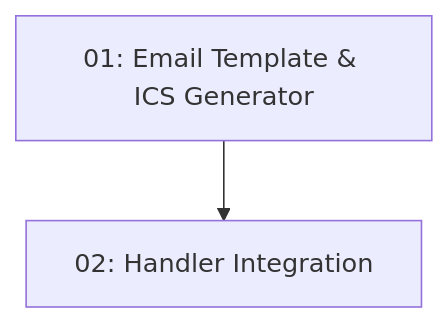
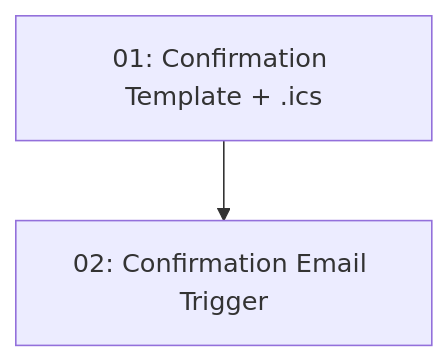
Before and after one commit to limitzero/tablenow: the diagram in .docs/features/story-021-booking-confirmation-email/README.md, drawn with Mermaid. The commit also changed other lines of this file and 184 other files, not shown here.

````diff
--- a/.docs/features/story-021-booking-confirmation-email/README.md
+++ b/.docs/features/story-021-booking-confirmation-email/README.md
@@ -14,6 +15,6 @@
 ```mermaid
 graph TD
-    task-01["01: Email Template & ICS Generator"]
-    task-02["02: Handler Integration"]
-    task-01 --> task-02
+    task-01-confirmation-email-template["01: Confirmation Template + .ics"]
+    task-02-confirmation-email-trigger["02: Confirmation Email Trigger"]
+    task-01-confirmation-email-template --> task-02-confirmation-email-trigger
 ```
````
